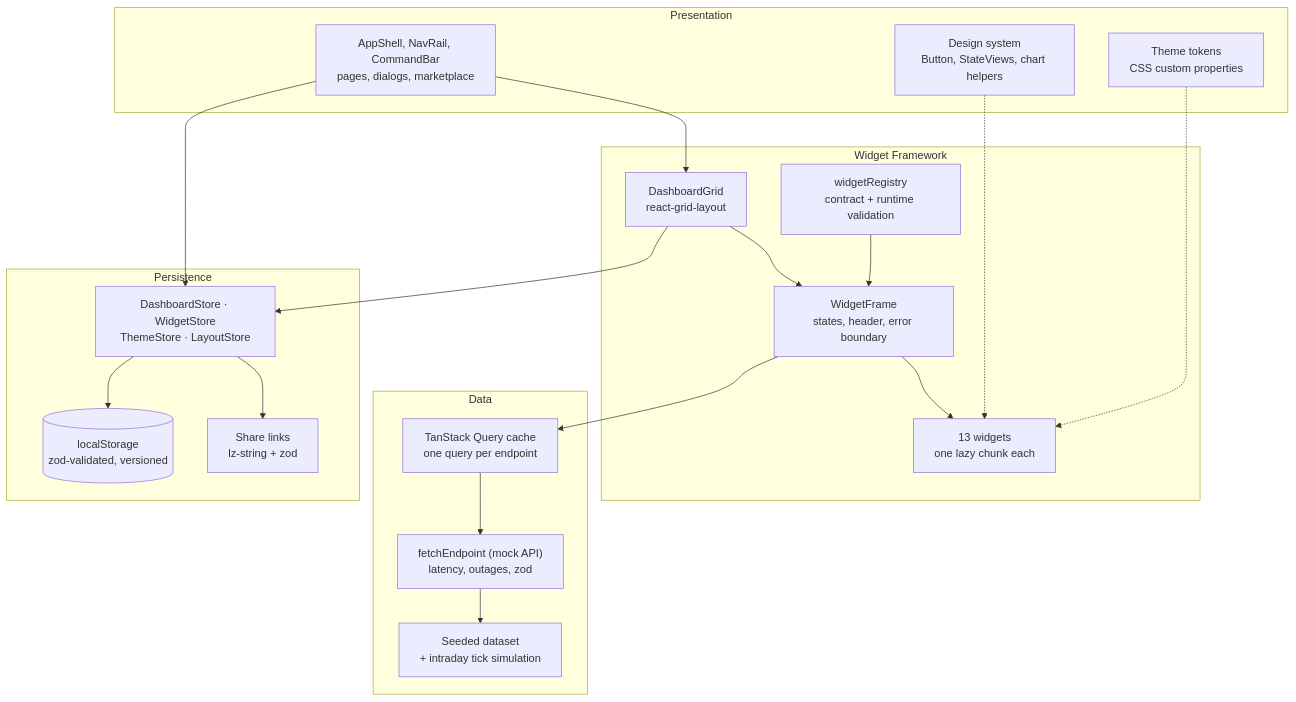
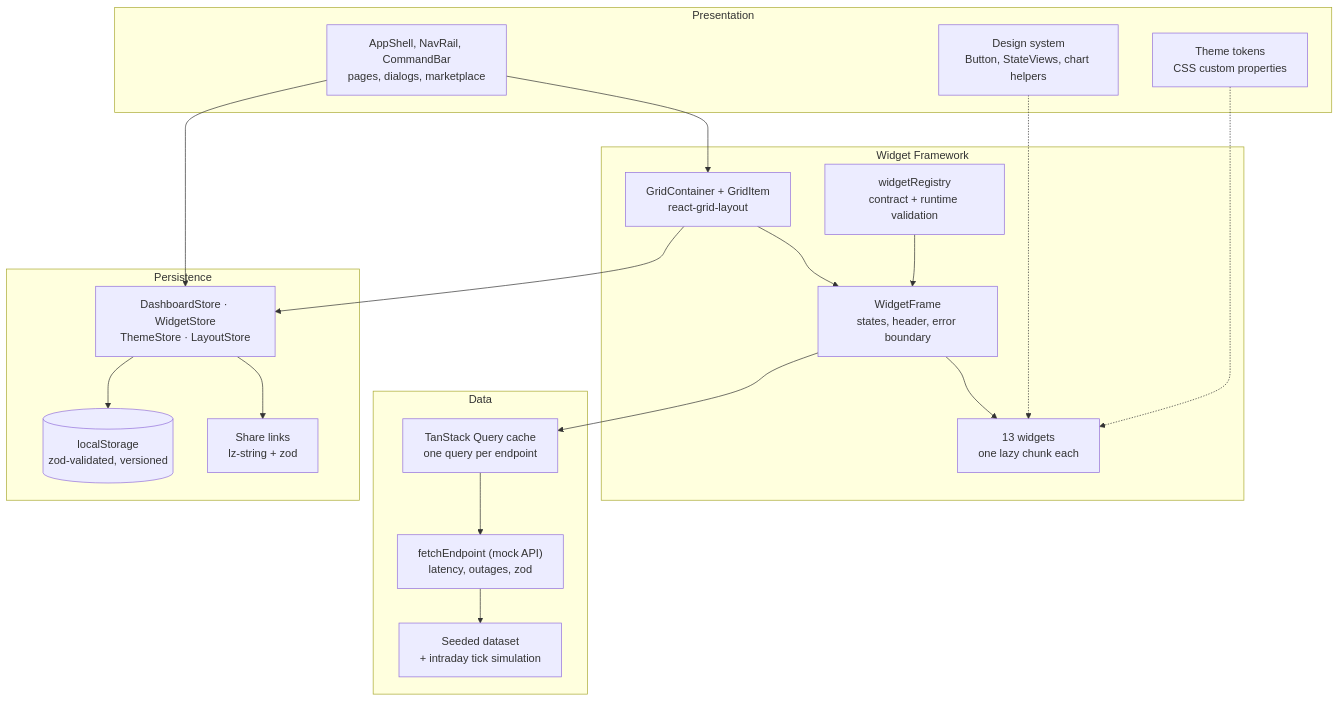
The first of 4 diagrams in docs/ARCHITECTURE.md (vaishnavibhagwat/Project-C), drawn with Mermaid before and after one commit. The commit also changed other lines of this file and 38 other files, not shown here.

````diff
--- a/docs/ARCHITECTURE.md
+++ b/docs/ARCHITECTURE.md
@@ -18,38 +18,38 @@
 ```mermaid
 flowchart TB
   subgraph P["Presentation"]
     shell["AppShell, NavRail, CommandBar<br/>pages, dialogs, marketplace"]
     ds["Design system<br/>Button, StateViews, chart helpers"]
     theme["Theme tokens<br/>CSS custom properties"]
   end
   subgraph W["Widget Framework"]
     registry["widgetRegistry<br/>contract + runtime validation"]
-    grid["DashboardGrid<br/>react-grid-layout"]
+    grid["GridContainer + GridItem<br/>react-grid-layout"]
     frame["WidgetFrame<br/>states, header, error boundary"]
     widgets["13 widgets<br/>one lazy chunk each"]
   end
   subgraph D["Data"]
     query["TanStack Query cache<br/>one query per endpoint"]
     api["fetchEndpoint (mock API)<br/>latency, outages, zod"]
     sim["Seeded dataset<br/>+ intraday tick simulation"]
   end
   subgraph S["Persistence"]
     stores["DashboardStore · WidgetStore<br/>ThemeStore · LayoutStore"]
     ls[("localStorage<br/>zod-validated, versioned")]
     share["Share links<br/>lz-string + zod"]
   end
 
   shell --> grid
   grid --> frame
   registry --> frame
   frame --> widgets
   frame --> query
   query --> api
   api --> sim
   shell --> stores
   grid --> stores
   stores --> ls
   stores --> share
   ds -.-> widgets
   theme -.-> widgets
 ```
````
